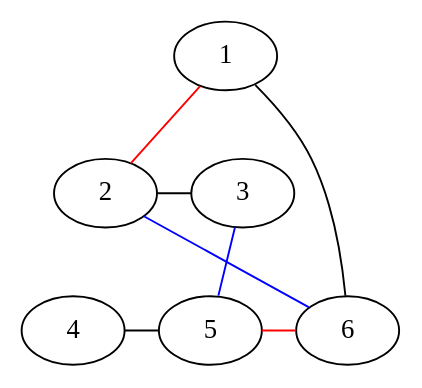
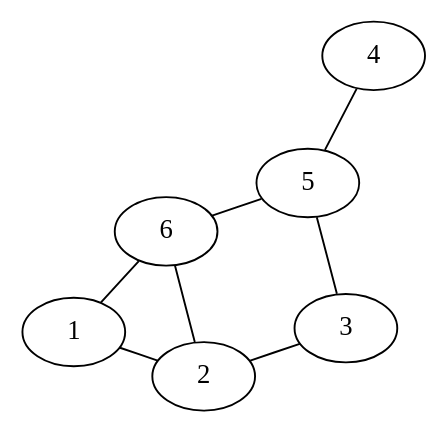
One commit to kdutkowski/kajaki changed the diagram in docs/graph/example_2_step_1.dot. Above: the diagram before and after it, drawn with Graphviz. The commit also changed 5 other files, not shown here.

Commit message:
added new graphs

```diff
--- a/docs/graph/example_2_step_1.dot
+++ b/docs/graph/example_2_step_1.dot
@@ -1,19 +1,20 @@
  graph example_1 {
+   layout=neato;
      a [label="1"];
      b [label="2"];
      c [label="3"];
      d [label="4"];
      e [label="5"];
      f [label="6"];
 
-     a -- b [color=red];
+     a -- b;
      a -- f;
      b -- c;
-     b -- f [color=blue];
-     c -- e [color=blue];
+     b -- f;
+     c -- e;
      d -- e;
-     e -- f [color=red];
+     e -- f;
 
   { rank=same; b c }
   { rank=same; f e d }
  }
```
